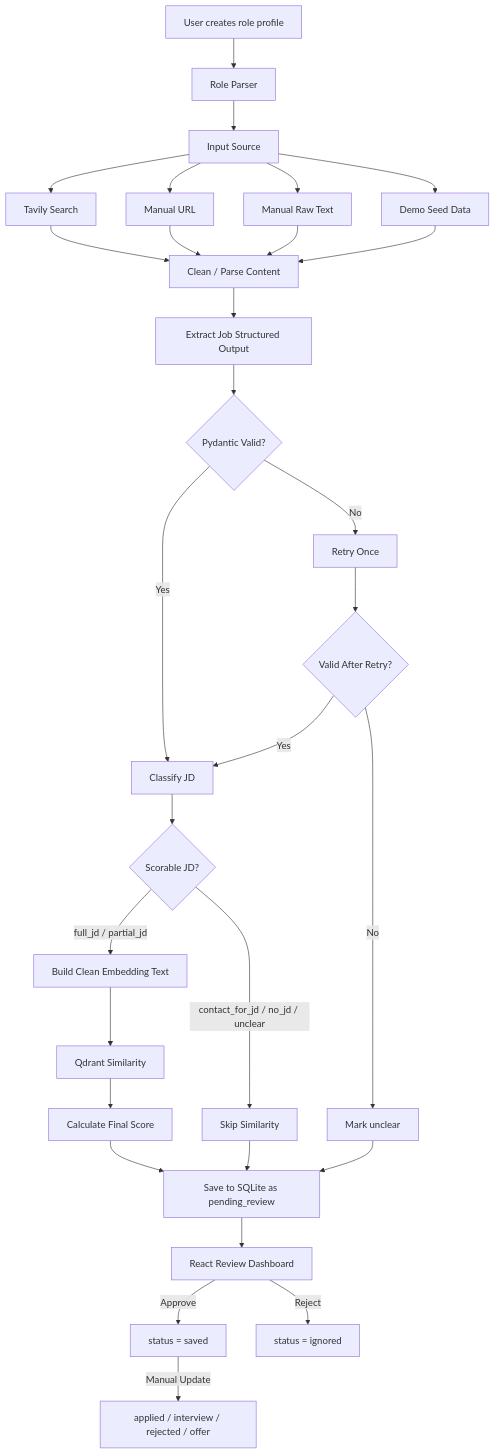
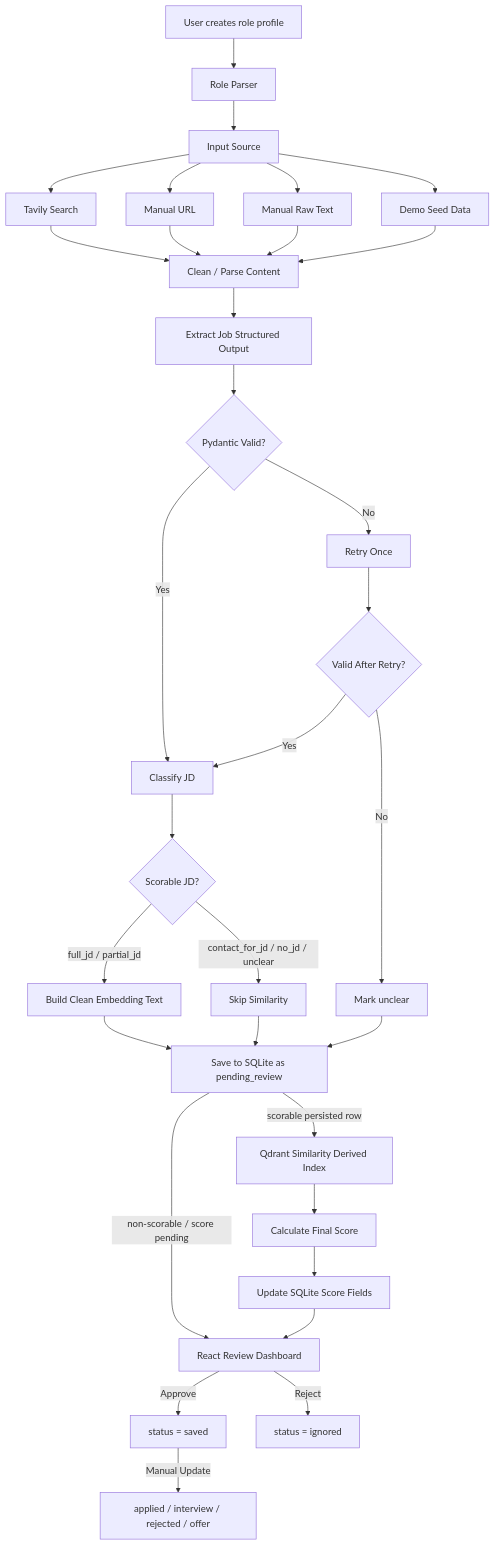
One commit to phongka79d/Job_Agent changed the first of 2 diagrams in docs/plans/Master_Plan.md. Above: the diagram before and after it, drawn with Mermaid. The commit also changed other lines of this file and 6 other files, not shown here.

````diff
--- a/docs/plans/Master_Plan.md
+++ b/docs/plans/Master_Plan.md
@@ -88,41 +88,43 @@
 ```mermaid
 flowchart TD
     A[User creates role profile] --> B[Role Parser]
 
     B --> C[Input Source]
 
     C --> D1[Tavily Search]
     C --> D2[Manual URL]
     C --> D3[Manual Raw Text]
     C --> D4[Demo Seed Data]
 
     D1 --> E[Clean / Parse Content]
     D2 --> E
     D3 --> E
     D4 --> E
 
     E --> F[Extract Job Structured Output]
     F --> G{Pydantic Valid?}
 
     G -->|Yes| H[Classify JD]
     G -->|No| I[Retry Once]
     I --> J{Valid After Retry?}
     J -->|Yes| H
     J -->|No| K[Mark unclear]
 
     H --> L{Scorable JD?}
     L -->|full_jd / partial_jd| M[Build Clean Embedding Text]
     L -->|contact_for_jd / no_jd / unclear| N[Skip Similarity]
 
-    M --> O[Qdrant Similarity]
-    O --> P[Calculate Final Score]
-
-    P --> Q[Save to SQLite as pending_review]
+    M --> Q[Save to SQLite as pending_review]
     N --> Q
     K --> Q
 
-    Q --> R[React Review Dashboard]
+    Q -->|scorable persisted row| O[Qdrant Similarity Derived Index]
+    O --> P[Calculate Final Score]
+    P --> V[Update SQLite Score Fields]
+
+    Q -->|non-scorable / score pending| R[React Review Dashboard]
+    V --> R
     R -->|Approve| S[status = saved]
     R -->|Reject| T[status = ignored]
     S -->|Manual Update| U[applied / interview / rejected / offer]
 ```
````
